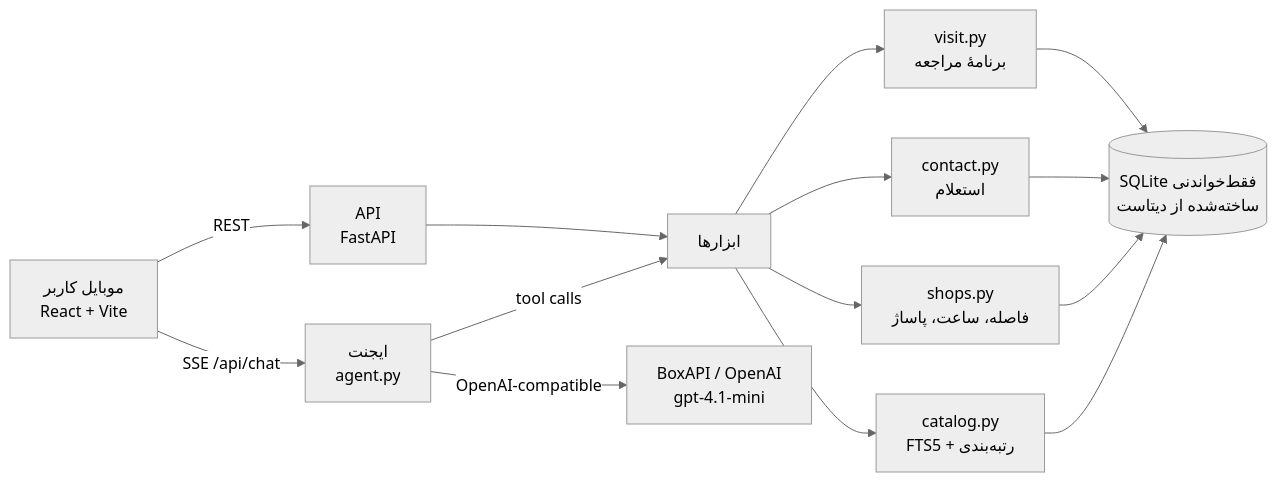
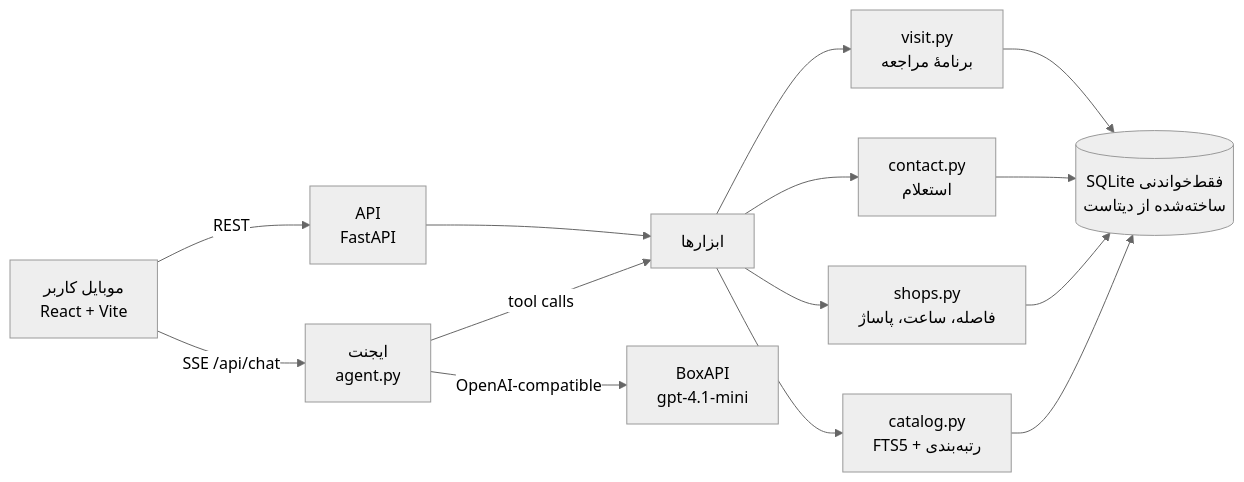
The diagram in README.md (ssepehrnoush/torob-bazargard), drawn with Mermaid (neutral theme) before and after one commit. The commit also changed other lines of this file and 3 other files, not shown here.

Commit message:
All AI calls go through the sponsor gateway BoxAPI by default (LLM_PROVIDER=boxapi, no fallback); OpenAI is optional and off unless set explicitly; docs say so

````diff
--- a/README.md
+++ b/README.md
@@ -45,13 +45,13 @@
 ```mermaid
 flowchart LR
   U[موبایل کاربر\nReact + Vite] -- SSE /api/chat --> A[ایجنت\nagent.py]
   U -- REST --> R[API\nFastAPI]
   A -- tool calls --> T[ابزارها]
   R --> T
   T --> C[catalog.py\nFTS5 + رتبه‌بندی]
   T --> S[shops.py\nفاصله، ساعت، پاساژ]
   T --> K[contact.py\nاستعلام]
   T --> V[visit.py\nبرنامهٔ مراجعه]
   C & S & K & V --> D[(SQLite فقط‌خواندنی\nساخته‌شده از دیتاست)]
-  A -- OpenAI-compatible --> L[BoxAPI / OpenAI\ngpt-4.1-mini]
+  A -- OpenAI-compatible --> L[BoxAPI\ngpt-4.1-mini]
 ```
````
